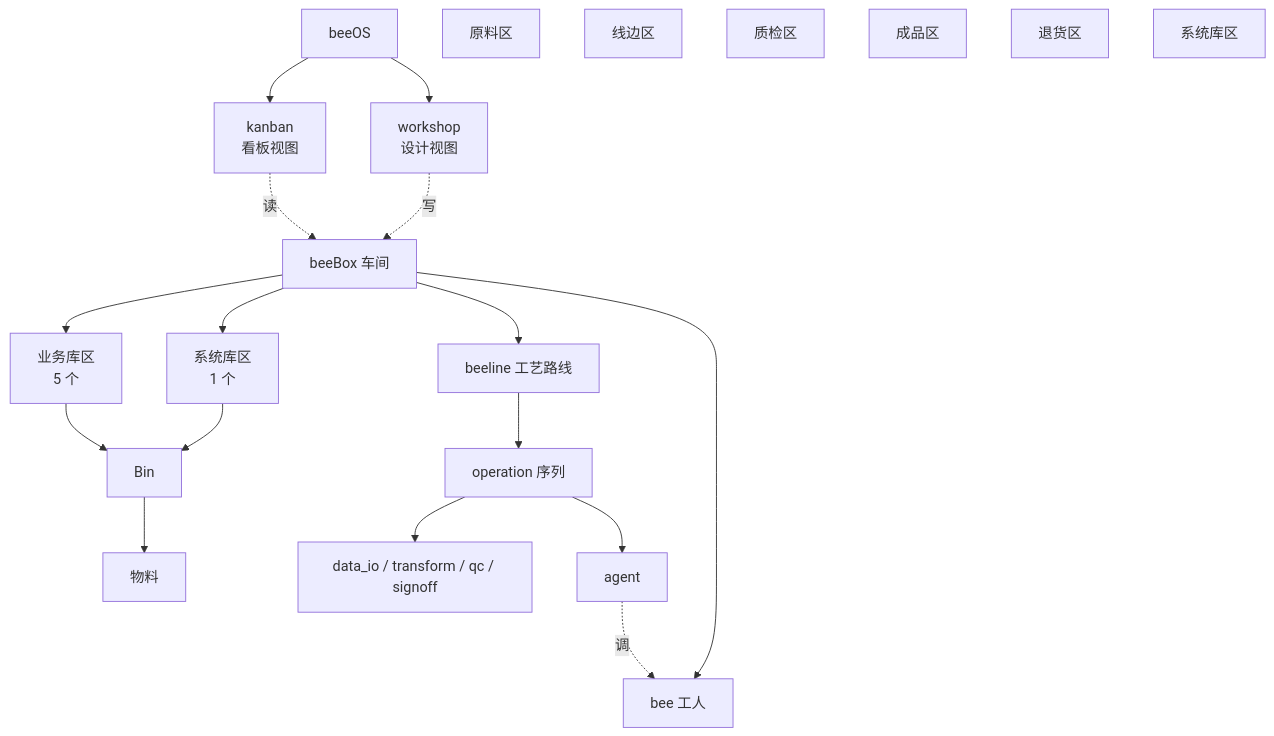
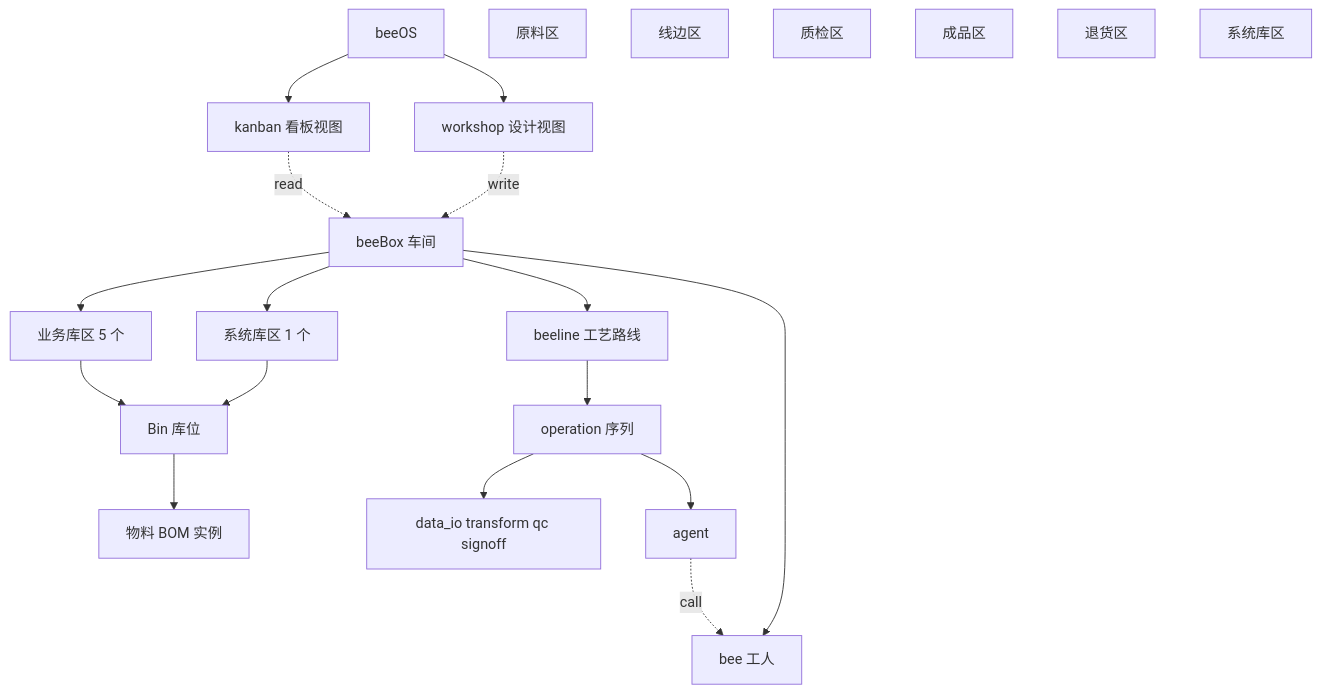
The first of 4 diagrams in docs/architecture/kernel-design.md (chehuizi/beeOS), drawn with Mermaid before and after one commit. The commit also changed other lines of this file and 2 other files, not shown here.

First line of the commit message:
docs: mermaid 全块最稳语法重写 + 验证脚本——去 <br/>/中点/中文括号/subgraph/classDef, 删孤儿 ```

````diff
--- a/docs/architecture/kernel-design.md
+++ b/docs/architecture/kernel-design.md
@@ -16,42 +16,38 @@
 ```mermaid
-graph TB
-    beeOS["beeOS"]
+flowchart TB
+  beeOS["beeOS"]
+  kanban["kanban 看板视图"]
+  workshop["workshop 设计视图"]
+  beeBox["beeBox 车间"]
+  bins["Bin 库位"]
+  materials["物料 BOM 实例"]
+  beeline["beeline 工艺路线"]
+  operations["operation 序列"]
+  opBasic["data_io transform qc signoff"]
+  opAgent["agent"]
+  bee["bee 工人"]
+  bizZones["业务库区 5 个"]
+  sysZones["系统库区 1 个"]
+  raw["原料区"]
+  line["线边区"]
+  qc["质检区"]
+  finished["成品区"]
+  ret["退货区"]
+  system["系统库区"]
 
-    kanban["kanban<br/>看板视图"]
-    workshop["workshop<br/>设计视图"]
-
-    beeBox["beeBox 车间"]
-    bins["Bin"]
-    materials["物料"]
-    beeline["beeline 工艺路线"]
-    operations["operation 序列"]
-    opBasic["data_io / transform / qc / signoff"]
-    opAgent["agent"]
-    bee["bee 工人"]
-
-    bizZones["业务库区<br/>5 个"]
-    sysZones["系统库区<br/>1 个"]
-    raw["原料区"]
-    line["线边区"]
-    qc["质检区"]
-    finished["成品区"]
-    ret["退货区"]
-    system["系统库区"]
-
-    beeOS --> kanban
-    beeOS --> workshop
-    kanban -.读.-> beeBox
-    workshop -.写.-> beeBox
-
-    beeBox --> bizZones
-    beeBox --> sysZones
-    bizZones --> bins
-    sysZones --> bins
-    bins --> materials
-    beeBox --> beeline
-    beeBox --> bee
-    beeline --> operations
-    operations --> opBasic
-    operations --> opAgent
-    opAgent -.调.-> bee
+  beeOS --> kanban
+  beeOS --> workshop
+  kanban -. read .-> beeBox
+  workshop -. write .-> beeBox
+  beeBox --> bizZones
+  beeBox --> sysZones
+  bizZones --> bins
+  sysZones --> bins
+  bins --> materials
+  beeBox --> beeline
+  beeBox --> bee
+  beeline --> operations
+  operations --> opBasic
+  operations --> opAgent
+  opAgent -. call .-> bee
 ```
````
